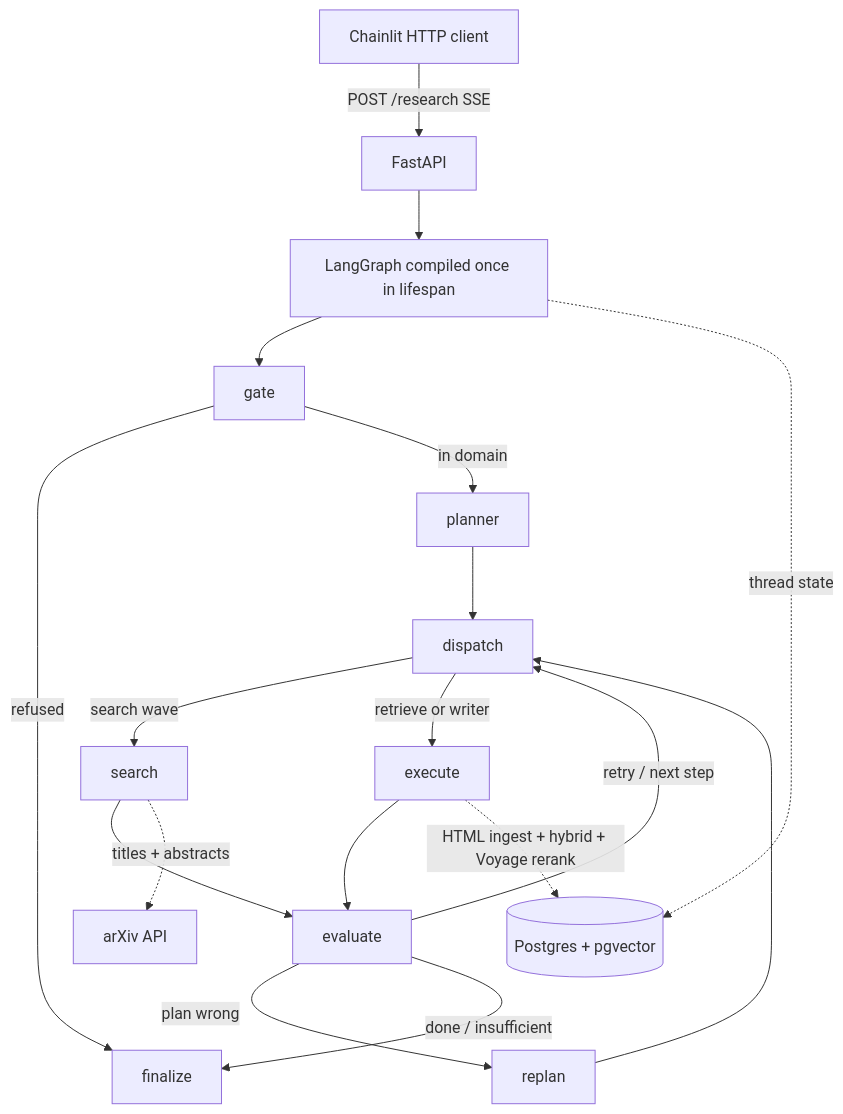
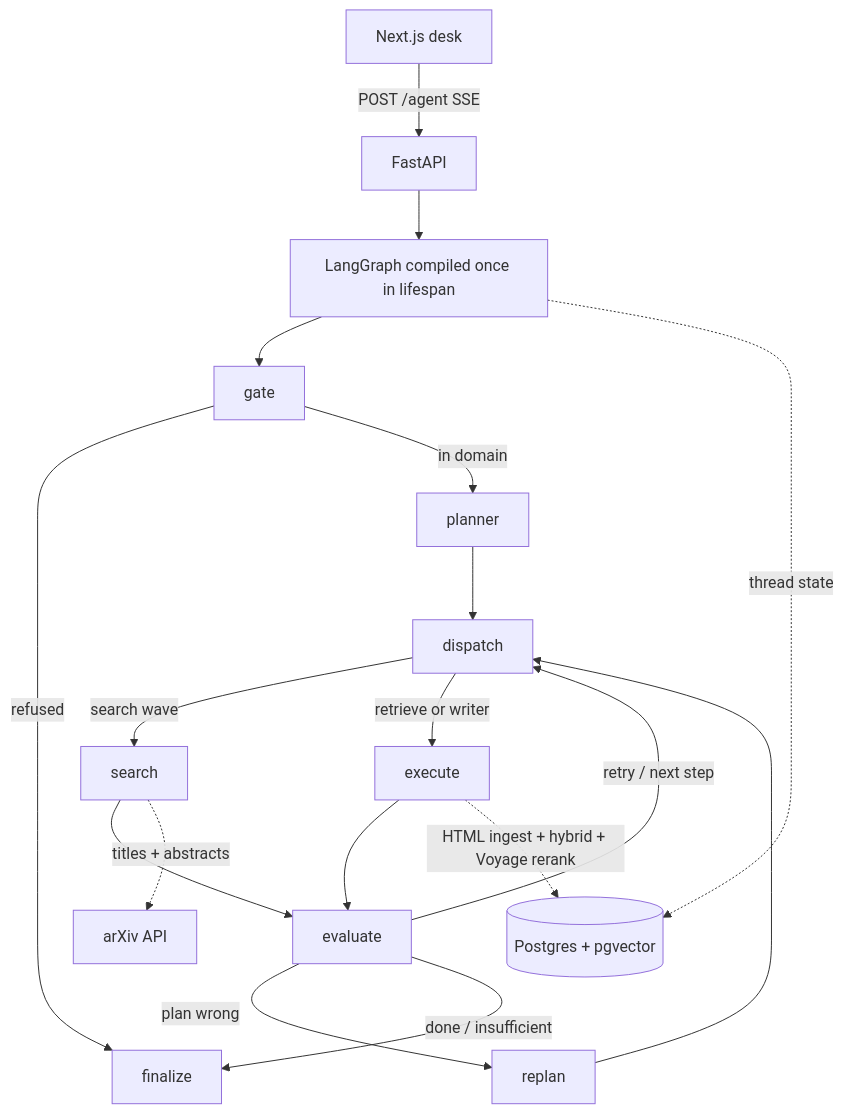
The diagram in README.md (guilhermelr291/arXiv-researcher), drawn with Mermaid before and after one commit. The commit also changed other lines of this file and 90 other files, not shown here.

First line of the commit message:
feat(agui): replace Chainlit SSE with AG-UI transport and Next.js desk

````diff
--- a/README.md
+++ b/README.md
@@ -52,20 +52,20 @@
 ```mermaid
 flowchart TB
-  UI[Chainlit HTTP client] -->|POST /research SSE| API[FastAPI]
+  UI[Next.js desk] -->|POST /agent SSE| API[FastAPI]
   API --> G[LangGraph compiled once in lifespan]
   G --> gate
   gate -->|refused| finalize
   gate -->|in domain| planner
   planner --> dispatch
   dispatch -->|search wave| search
   dispatch -->|retrieve or writer| execute
   search --> evaluate
   execute --> evaluate
   evaluate -->|retry / next step| dispatch
   evaluate -->|plan wrong| replan
   evaluate -->|done / insufficient| finalize
   replan --> dispatch
   search -.->|titles + abstracts| Arxiv[arXiv API]
   execute -.->|HTML ingest + hybrid + Voyage rerank| Store[(Postgres + pgvector)]
   G -.->|thread state| Store
 ```
````
